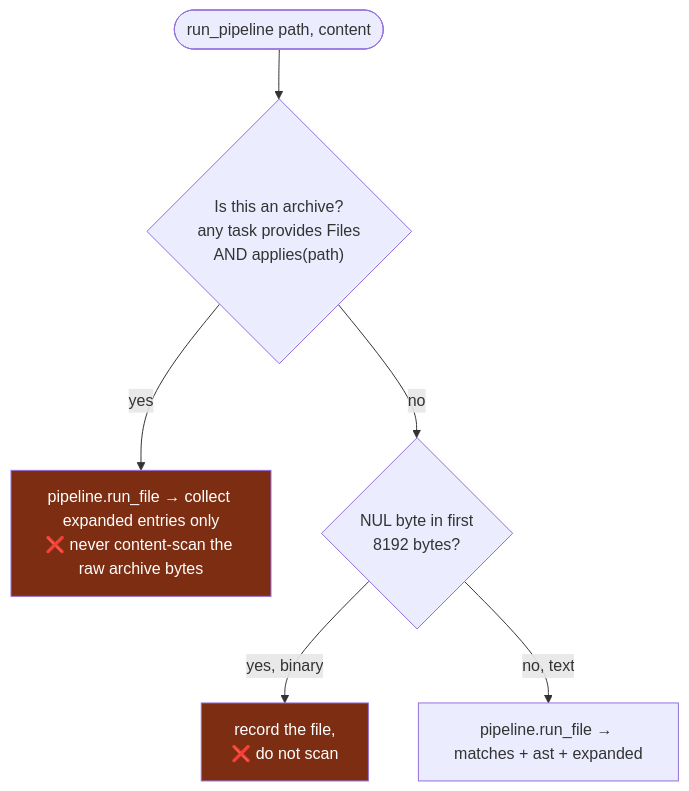
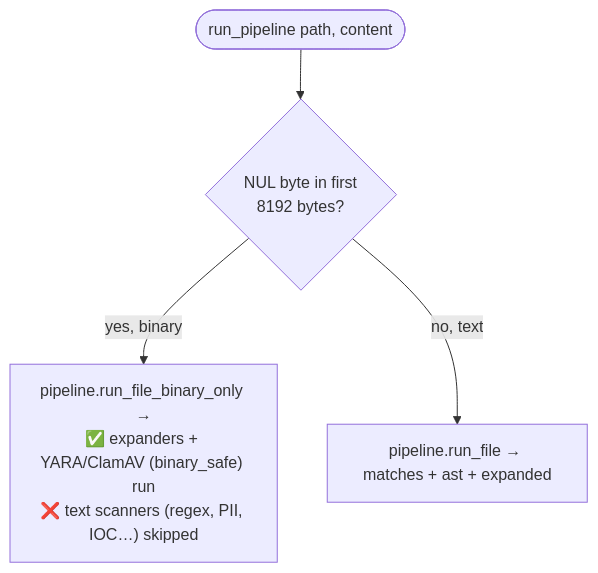
One commit to rangertaha/exfil changed the seventh of 12 diagrams in docs/src/architecture/engine.md. Above: the diagram before and after it, drawn with Mermaid. The commit also changed other lines of this file and 45 other files, not shown here.

````diff
--- a/docs/src/architecture/engine.md
+++ b/docs/src/architecture/engine.md
@@ -296,11 +296,6 @@
 ```mermaid
 flowchart TD
-    START([run_pipeline path, content]) --> ARCH{"Is this an archive?<br/>any task provides Files<br/>AND applies(path)"}
-    ARCH -->|yes| EXPAND["pipeline.run_file → collect expanded entries only<br/>❌ never content-scan the raw archive bytes"]
-    ARCH -->|no| BIN{"NUL byte in first<br/>8192 bytes?"}
-    BIN -->|yes, binary| RECORD["record the file,<br/>❌ do not scan"]
+    START([run_pipeline path, content]) --> BIN{"NUL byte in first<br/>8192 bytes?"}
+    BIN -->|yes, binary| BINSCAN["pipeline.run_file_binary_only →<br/>✅ expanders + YARA/ClamAV (binary_safe) run<br/>❌ text scanners (regex, PII, IOC…) skipped"]
     BIN -->|no, text| SCAN["pipeline.run_file → matches + ast + expanded"]
-
-    classDef skip fill:#7c2d12,color:#fff
-    class EXPAND,RECORD skip
 ```
````
